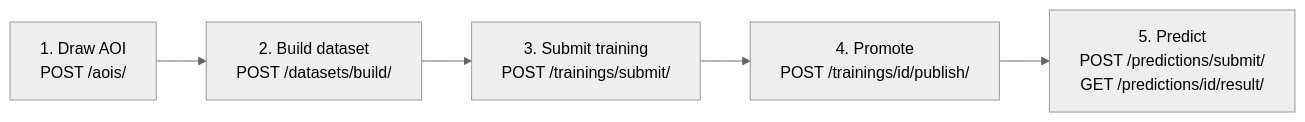
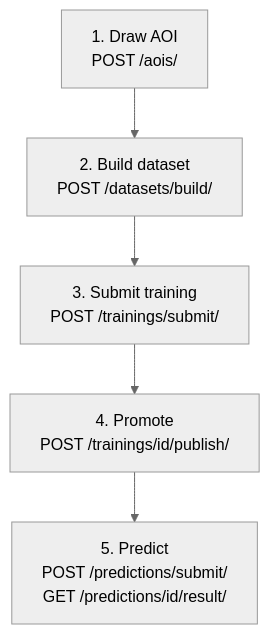
Before and after one commit to hotosm/fAIr: the diagram in docs/architecture/index.md, drawn with Mermaid (neutral theme). The commit also changed other lines of this file and 23 other files, not shown here.

````diff
--- a/docs/architecture/index.md
+++ b/docs/architecture/index.md
@@ -28,7 +28,7 @@
 ```mermaid
-flowchart LR
+flowchart TB
     A[1. Draw AOI<br/>POST /aois/] --> B[2. Build dataset<br/>POST /datasets/build/]
     B --> C[3. Submit training<br/>POST /trainings/submit/]
     C --> D[4. Promote<br/>POST /trainings/id/publish/]
     D --> E[5. Predict<br/>POST /predictions/submit/<br/>GET /predictions/id/result/]
 ```
````
